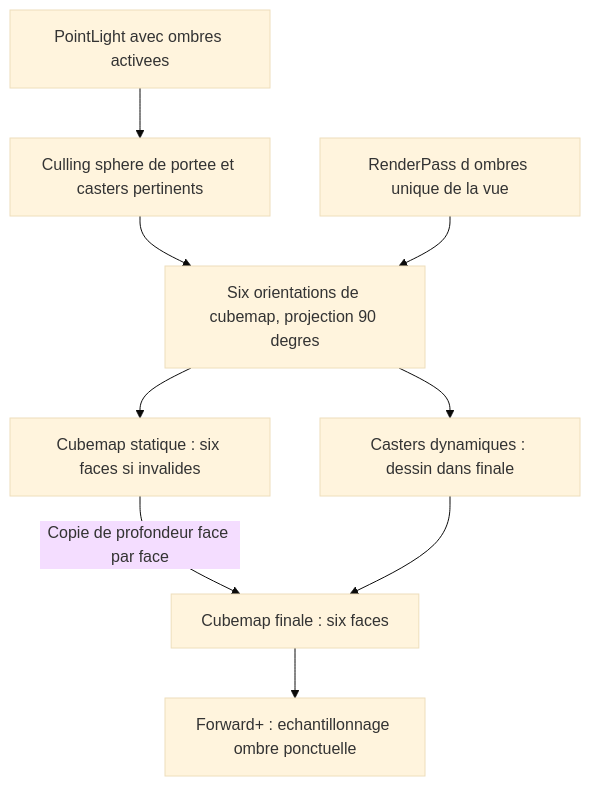
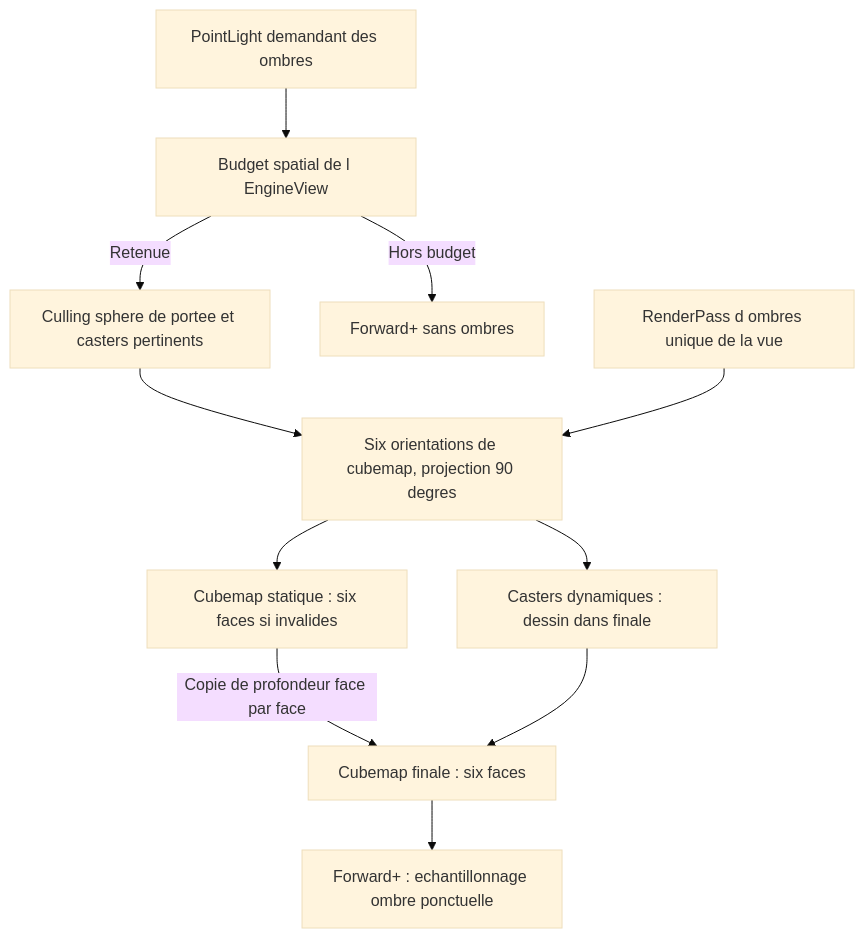
Before and after one commit to EreliaStudio/Sparkle: the ninth of 18 diagrams in docs/voxel-engine-v0.1.4-specification.md, drawn with Mermaid (base theme). The commit also changed other lines of this file, not shown here.

Commit message:
docs(v0.1.4): define per-EngineView budget and spatial selection for point-light shadows

````diff
--- a/docs/voxel-engine-v0.1.4-specification.md
+++ b/docs/voxel-engine-v0.1.4-specification.md
@@ -673,11 +694,13 @@
 ```mermaid
 flowchart TD
-  Point["PointLight avec ombres activees"] --> Range["Culling sphere de portee et casters pertinents"]
+  Point["PointLight demandant des ombres"] --> Limit["Budget spatial de l EngineView"]
+  Limit -->|"Retenue"| Range["Culling sphere de portee et casters pertinents"]
+  Limit -->|"Hors budget"| LightOnly["Forward+ sans ombres"]
   Range --> Faces["Six orientations de cubemap, projection 90 degres"]
   Faces --> Static["Cubemap statique : six faces si invalides"]
   Static -->|"Copie de profondeur face par face"| Final["Cubemap finale : six faces"]
   Faces --> Dyn["Casters dynamiques : dessin dans finale"]
   Dyn --> Final
   Final --> Forward["Forward+ : echantillonnage ombre ponctuelle"]
   ShadowPass["RenderPass d ombres unique de la vue"] --> Faces
 ```
````
